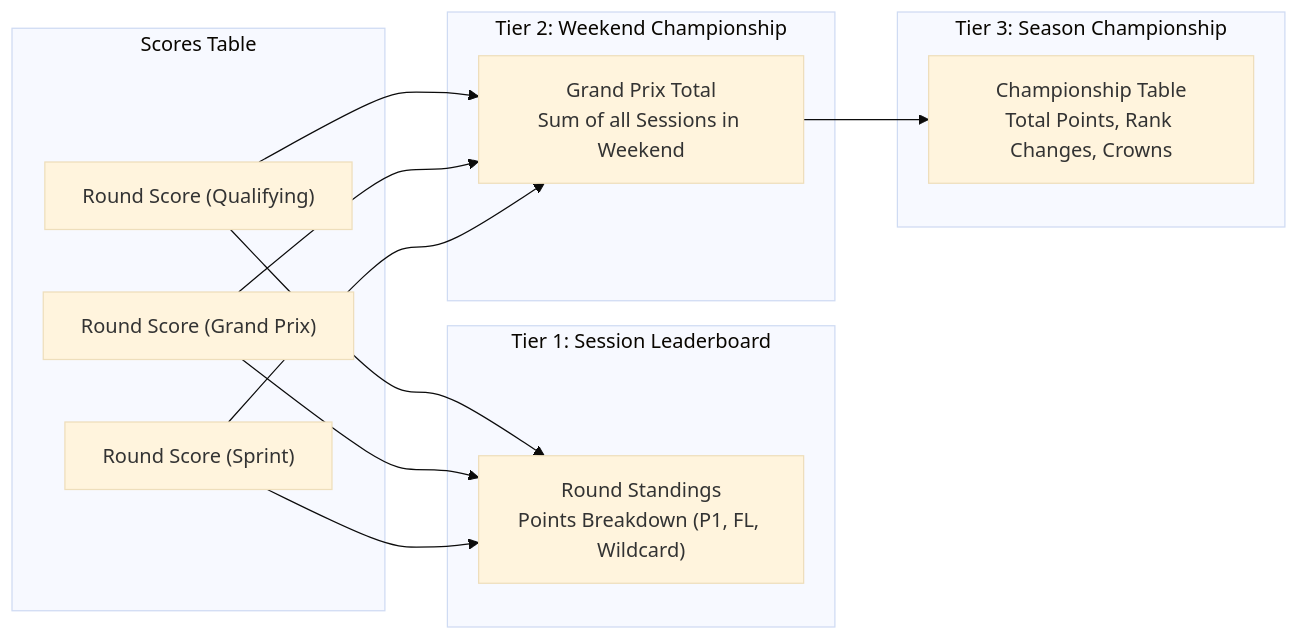
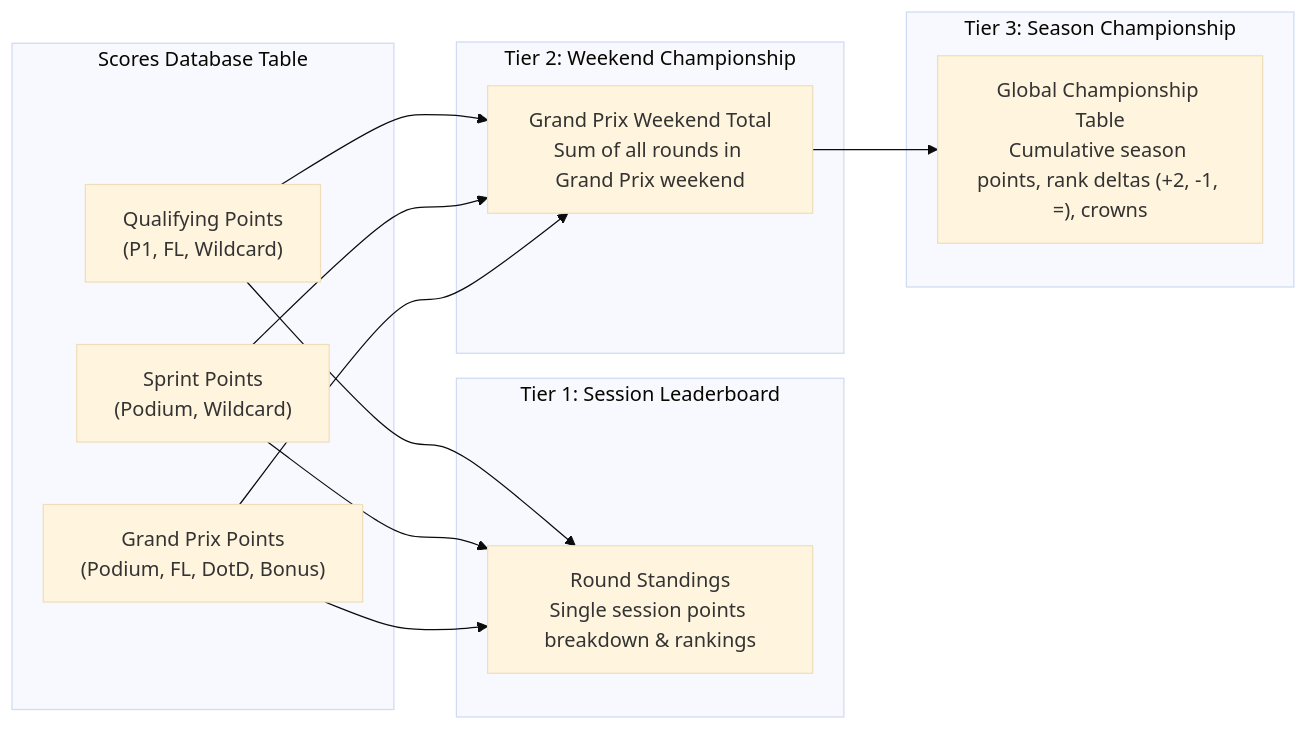
Diagram 11 of 15 in docs/ARCHITECTURE.md (Hj1418/F1-Prediction-Wall), drawn with Mermaid (base theme) before and after one commit. The commit also changed other lines of this file and 3 other files, not shown here.

Commit message:
docs: comprehensive master technical architecture, C1-C4 diagrams, and cloud topology update

````diff
--- a/docs/ARCHITECTURE.md
+++ b/docs/ARCHITECTURE.md
@@ -467,30 +979,30 @@
 ```mermaid
 flowchart LR
-    subgraph RawScores["Scores Table"]
-        S1["Round Score (Qualifying)"]
-        S2["Round Score (Grand Prix)"]
-        S3["Round Score (Sprint)"]
+    subgraph RawScores["Scores Database Table"]
+        S_Qual["Qualifying Points\n(P1, FL, Wildcard)"]
+        S_Sprint["Sprint Points\n(Podium, Wildcard)"]
+        S_Race["Grand Prix Points\n(Podium, FL, DotD, Bonus)"]
     end
 
     subgraph Tier1["Tier 1: Session Leaderboard"]
-        T1["Round Standings\nPoints Breakdown (P1, FL, Wildcard)"]
+        T1["Round Standings\nSingle session points breakdown & rankings"]
     end
 
     subgraph Tier2["Tier 2: Weekend Championship"]
-        T2["Grand Prix Total\nSum of all Sessions in Weekend"]
+        T2["Grand Prix Weekend Total\nSum of all rounds in Grand Prix weekend"]
     end
 
     subgraph Tier3["Tier 3: Season Championship"]
-        T3["Championship Table\nTotal Points, Rank Changes, Crowns"]
+        T3["Global Championship Table\nCumulative season points, rank deltas (+2, -1, =), crowns"]
     end
 
-    S1 --> T1
-    S2 --> T1
-    S3 --> T1
+    S_Qual --> T1
+    S_Sprint --> T1
+    S_Race --> T1
 
-    S1 --> T2
-    S2 --> T2
-    S3 --> T2
+    S_Qual --> T2
+    S_Sprint --> T2
+    S_Race --> T2
 
     T2 --> T3
 ```
````
